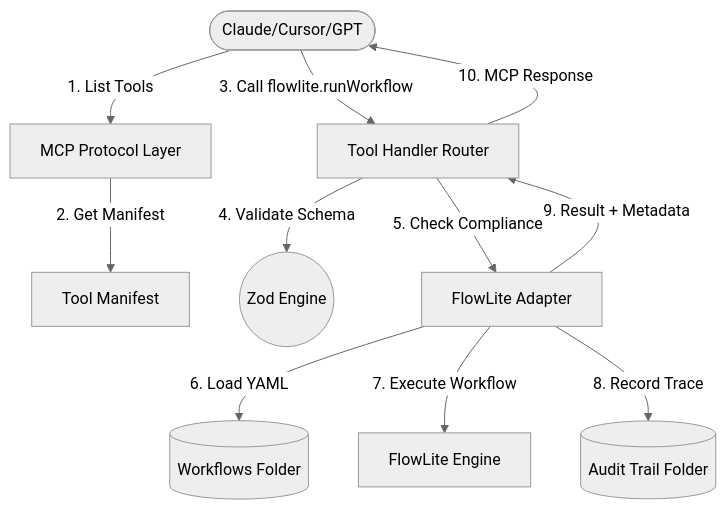
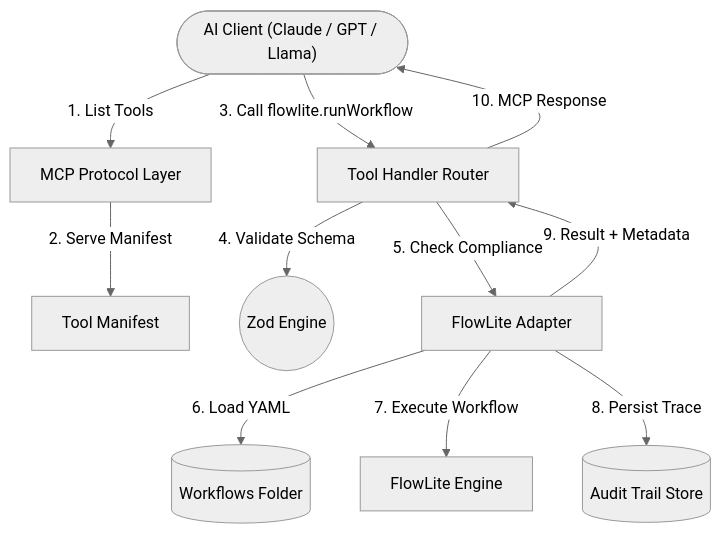
The diagram in README.md (kobomarun/flowlite-mcp-bridge), drawn with Mermaid (neutral theme) before and after one commit. The commit also changed other lines of this file and 9 other files, not shown here.

Commit message:
docs: add examples, issue templates, governance docs, and roadmap

````diff
--- a/README.md
+++ b/README.md
@@ -18,13 +109,13 @@
 ```mermaid
 graph TD
-    Client([Claude/Cursor/GPT]) -->|1. List Tools| Protocol[MCP Protocol Layer]
-    Protocol -->|2. Get Manifest| Manifest[Tool Manifest]
+    Client(["AI Client (Claude / GPT / Llama)"]) -->|1. List Tools| Protocol[MCP Protocol Layer]
+    Protocol -->|2. Serve Manifest| Manifest[Tool Manifest]
     Client -->|3. Call flowlite.runWorkflow| Router[Tool Handler Router]
     Router -->|4. Validate Schema| Zod((Zod Engine))
     Router -->|5. Check Compliance| Adapter[FlowLite Adapter]
     Adapter -->|6. Load YAML| FS[(Workflows Folder)]
     Adapter -->|7. Execute Workflow| Engine[FlowLite Engine]
-    Adapter -->|8. Record Trace| Audit[(Audit Trail Folder)]
+    Adapter -->|8. Persist Trace| Audit[(Audit Trail Store)]
     Adapter -->|9. Result + Metadata| Router
     Router -->|10. MCP Response| Client
 ```
````
